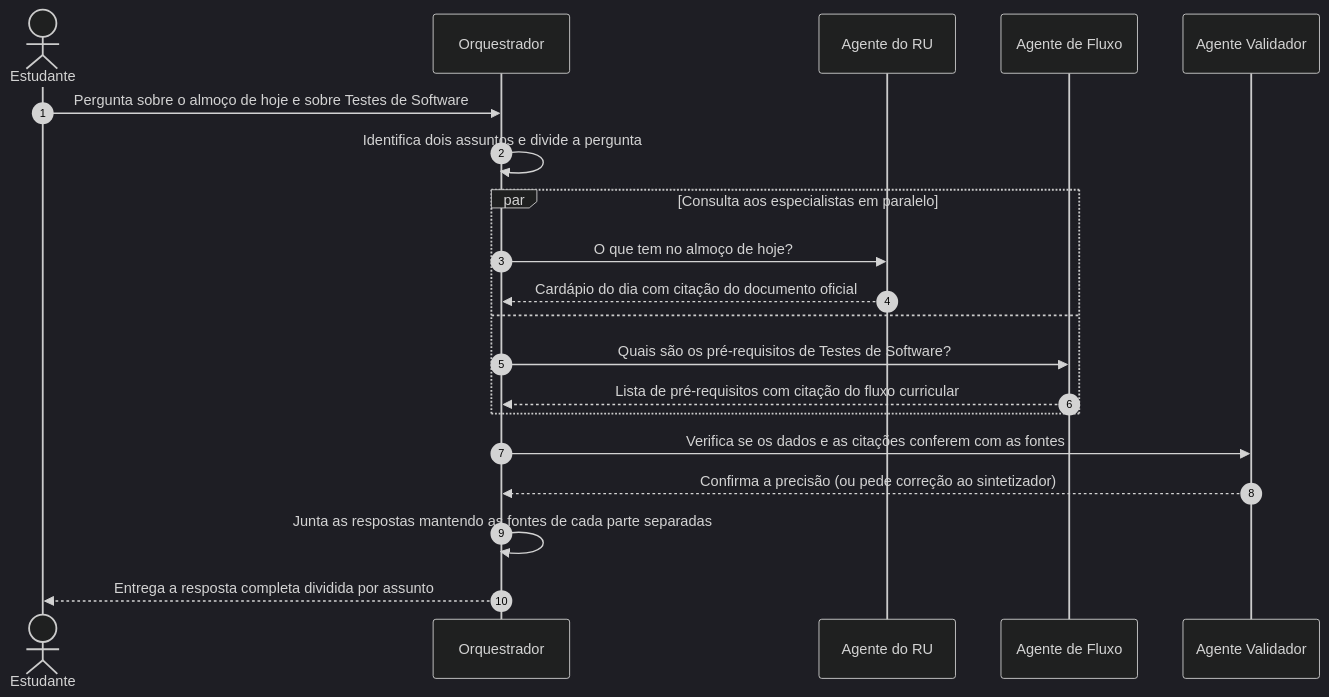
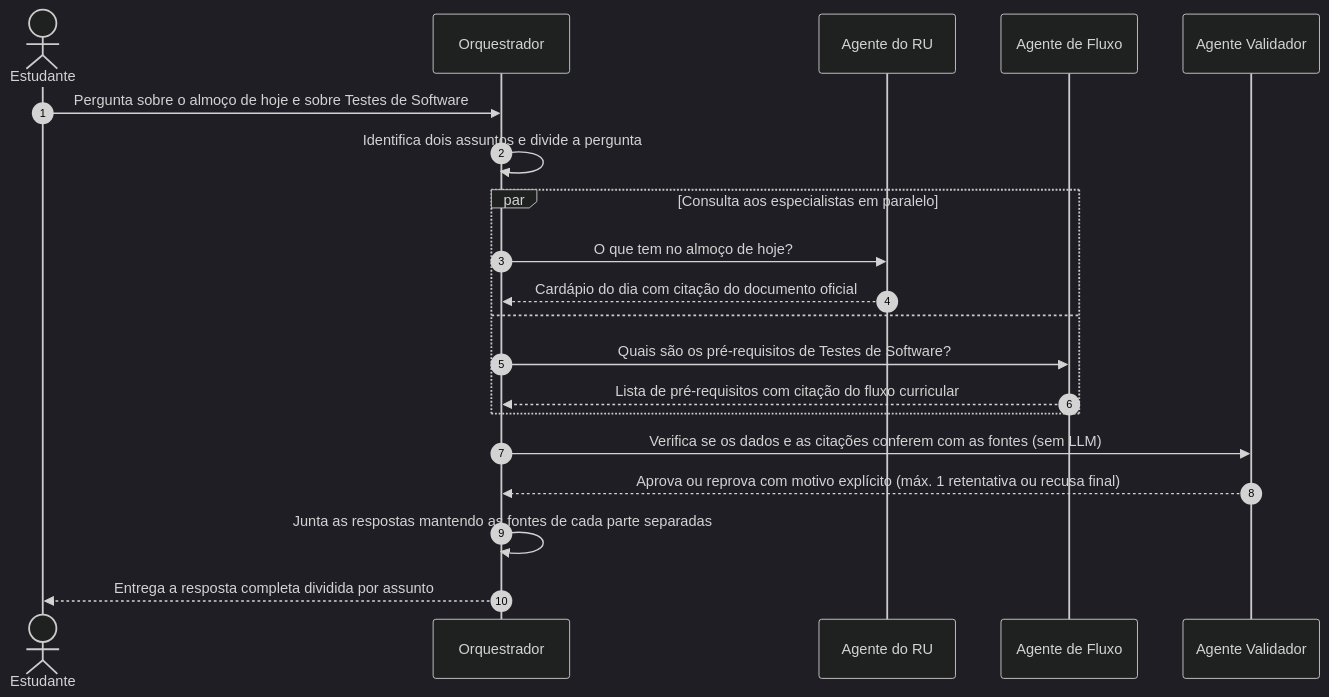
One commit to maykonjuso/residencia-grupo-4 changed the diagram in docs/entrega-4/fluxo-de-interacao.md. Above: the diagram before and after it, drawn with Mermaid (dark theme). The commit also changed other lines of this file and 6 other files, not shown here.

````diff
--- a/docs/entrega-4/fluxo-de-interacao.md
+++ b/docs/entrega-4/fluxo-de-interacao.md
@@ -11,23 +11,23 @@
 ```mermaid
 sequenceDiagram
     autonumber
     actor E as Estudante
     participant O as Orquestrador
     participant RU as Agente do RU
     participant FL as Agente de Fluxo
     participant V as Agente Validador
 
     E->>O: Pergunta sobre o almoço de hoje e sobre Testes de Software
     O->>O: Identifica dois assuntos e divide a pergunta
     par Consulta aos especialistas em paralelo
         O->>RU: O que tem no almoço de hoje?
         RU-->>O: Cardápio do dia com citação do documento oficial
     and
         O->>FL: Quais são os pré-requisitos de Testes de Software?
         FL-->>O: Lista de pré-requisitos com citação do fluxo curricular
     end
-    O->>V: Verifica se os dados e as citações conferem com as fontes
-    V-->>O: Confirma a precisão (ou pede correção ao sintetizador)
+    O->>V: Verifica se os dados e as citações conferem com as fontes (sem LLM)
+    V-->>O: Aprova ou reprova com motivo explícito (máx. 1 retentativa ou recusa final)
     O->>O: Junta as respostas mantendo as fontes de cada parte separadas
     O-->>E: Entrega a resposta completa dividida por assunto
 ```
````
